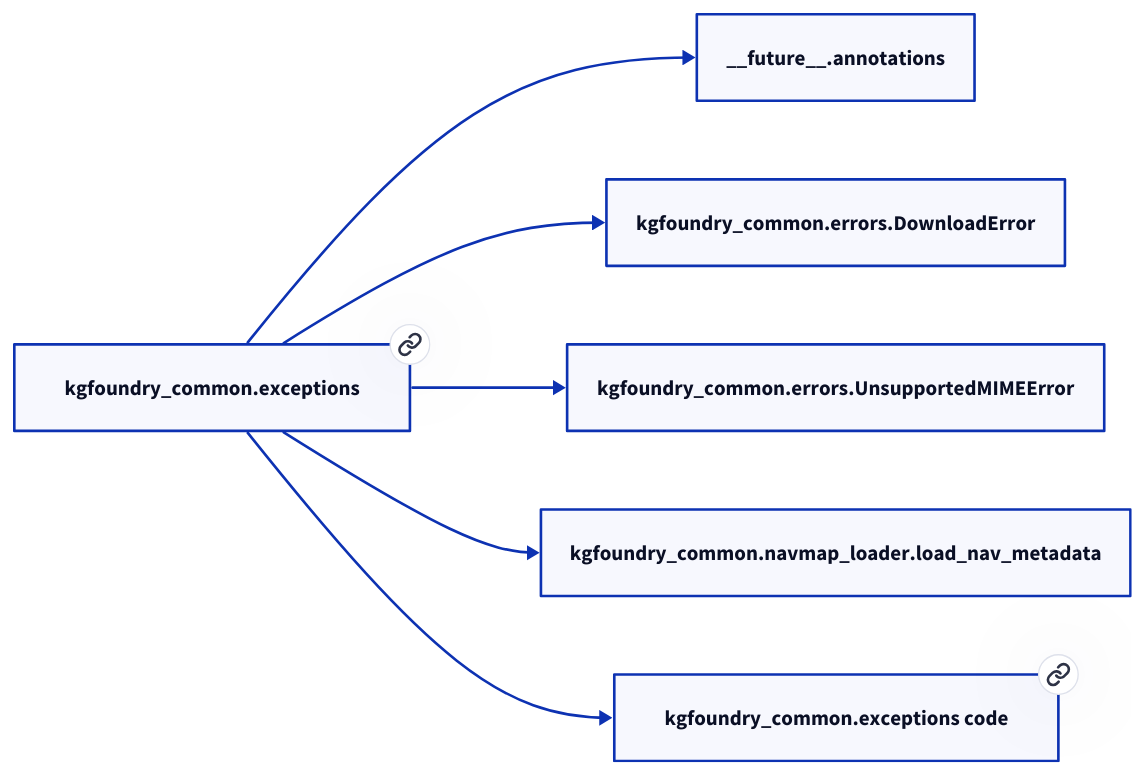
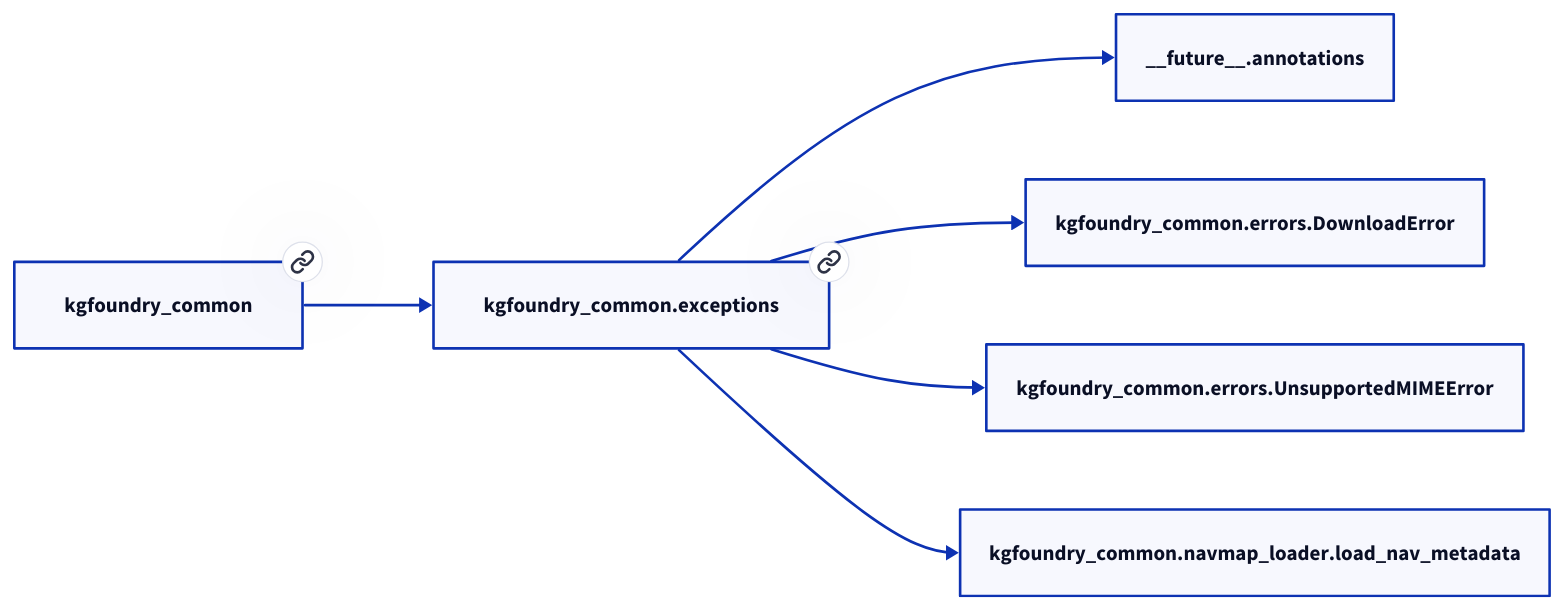
Before and after one commit to paul-heyse/kgforge: the diagram in docs/modules/kgfoundry_common/exceptions.md, drawn with D2. The commit also changed other lines of this file and 208 other files, not shown here.

````diff
--- a/docs/modules/kgfoundry_common/exceptions.md
+++ b/docs/modules/kgfoundry_common/exceptions.md
@@ -17,14 +21,14 @@
 ```d2
 direction: right
-"kgfoundry_common.exceptions": "kgfoundry_common.exceptions" { link: "./kgfoundry_common/exceptions.md" }
+"kgfoundry_common.exceptions": "kgfoundry_common.exceptions" { link: "https://github.com/paul-heyse/kgfoundry/blob/main/src/kgfoundry_common/exceptions.py" }
 "__future__.annotations": "__future__.annotations"
 "kgfoundry_common.exceptions" -> "__future__.annotations"
 "kgfoundry_common.errors.DownloadError": "kgfoundry_common.errors.DownloadError"
 "kgfoundry_common.exceptions" -> "kgfoundry_common.errors.DownloadError"
 "kgfoundry_common.errors.UnsupportedMIMEError": "kgfoundry_common.errors.UnsupportedMIMEError"
 "kgfoundry_common.exceptions" -> "kgfoundry_common.errors.UnsupportedMIMEError"
 "kgfoundry_common.navmap_loader.load_nav_metadata": "kgfoundry_common.navmap_loader.load_nav_metadata"
 "kgfoundry_common.exceptions" -> "kgfoundry_common.navmap_loader.load_nav_metadata"
-"kgfoundry_common.exceptions_code": "kgfoundry_common.exceptions code" { link: "https://github.com/kgfoundry/kgfoundry/blob/main/src/kgfoundry_common/exceptions.py" }
-"kgfoundry_common.exceptions" -> "kgfoundry_common.exceptions_code" { style: dashed }
+"kgfoundry_common": "kgfoundry_common" { link: "https://github.com/paul-heyse/kgfoundry/blob/main/src/kgfoundry_common/__init__.py" }
+"kgfoundry_common" -> "kgfoundry_common.exceptions" { style: dashed }
 ```
````
